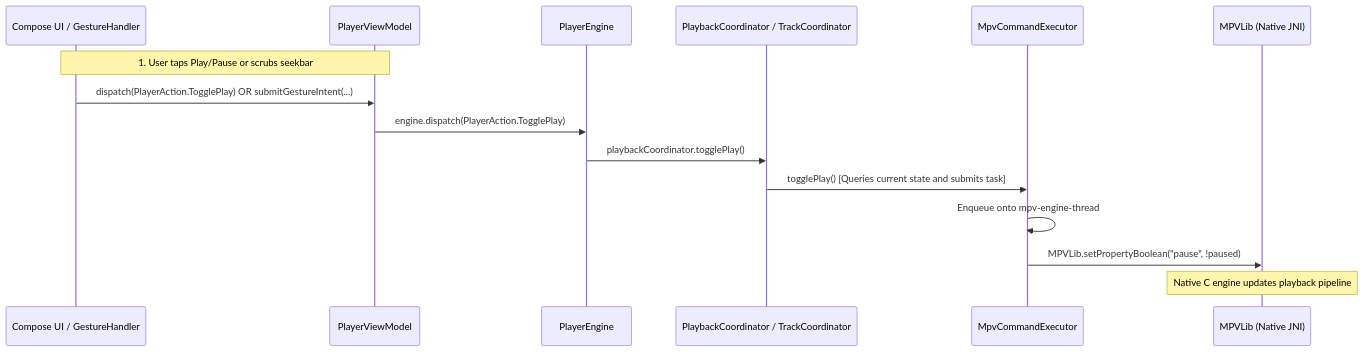
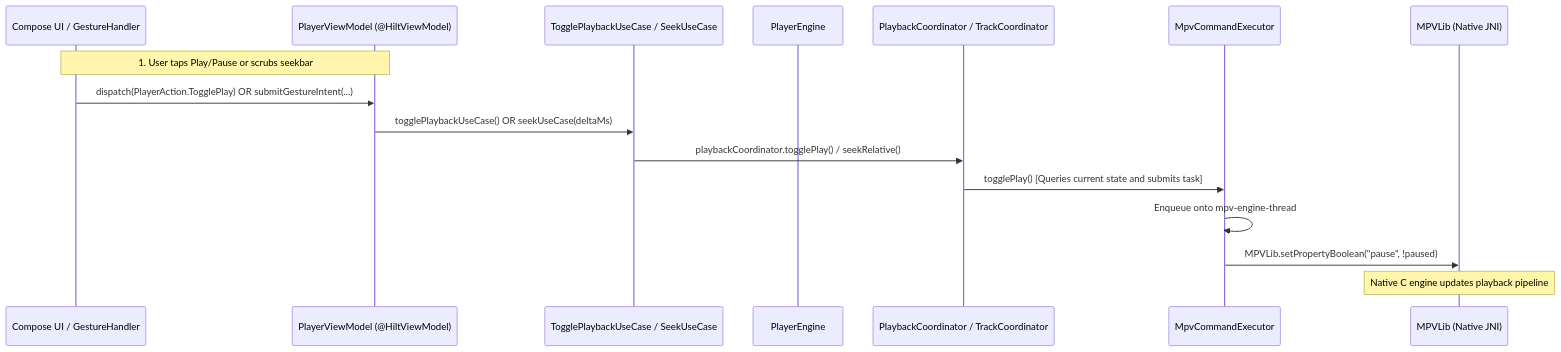
The first of 4 diagrams in flow.md (tapman104/potato-diff-v3), drawn with Mermaid before and after one commit. The commit also changed other lines of this file and 3 other files, not shown here.

Commit message:
refactor: implement Hilt dependency injection, update project architecture documentation, and remove obsolete log analysis files.

````diff
--- a/flow.md
+++ b/flow.md
@@ -198,18 +237,19 @@
 ```mermaid
 sequenceDiagram
     participant UI as Compose UI / GestureHandler
-    participant VM as PlayerViewModel
+    participant VM as PlayerViewModel (@HiltViewModel)
+    participant DOM as TogglePlaybackUseCase / SeekUseCase
     participant ENG as PlayerEngine
     participant COORD as PlaybackCoordinator / TrackCoordinator
     participant EX as MpvCommandExecutor
     participant LIB as MPVLib (Native JNI)
 
     Note over UI,VM: 1. User taps Play/Pause or scrubs seekbar
     UI->>VM: dispatch(PlayerAction.TogglePlay) OR submitGestureIntent(...)
-    VM->>ENG: engine.dispatch(PlayerAction.TogglePlay)
-    ENG->>COORD: playbackCoordinator.togglePlay()
+    VM->>DOM: togglePlaybackUseCase() OR seekUseCase(deltaMs)
+    DOM->>COORD: playbackCoordinator.togglePlay() / seekRelative()
     COORD->>EX: togglePlay() [Queries current state and submits task]
     EX->>EX: Enqueue onto mpv-engine-thread
     EX->>LIB: MPVLib.setPropertyBoolean("pause", !paused)
     Note over LIB: Native C engine updates playback pipeline
 ```
````
